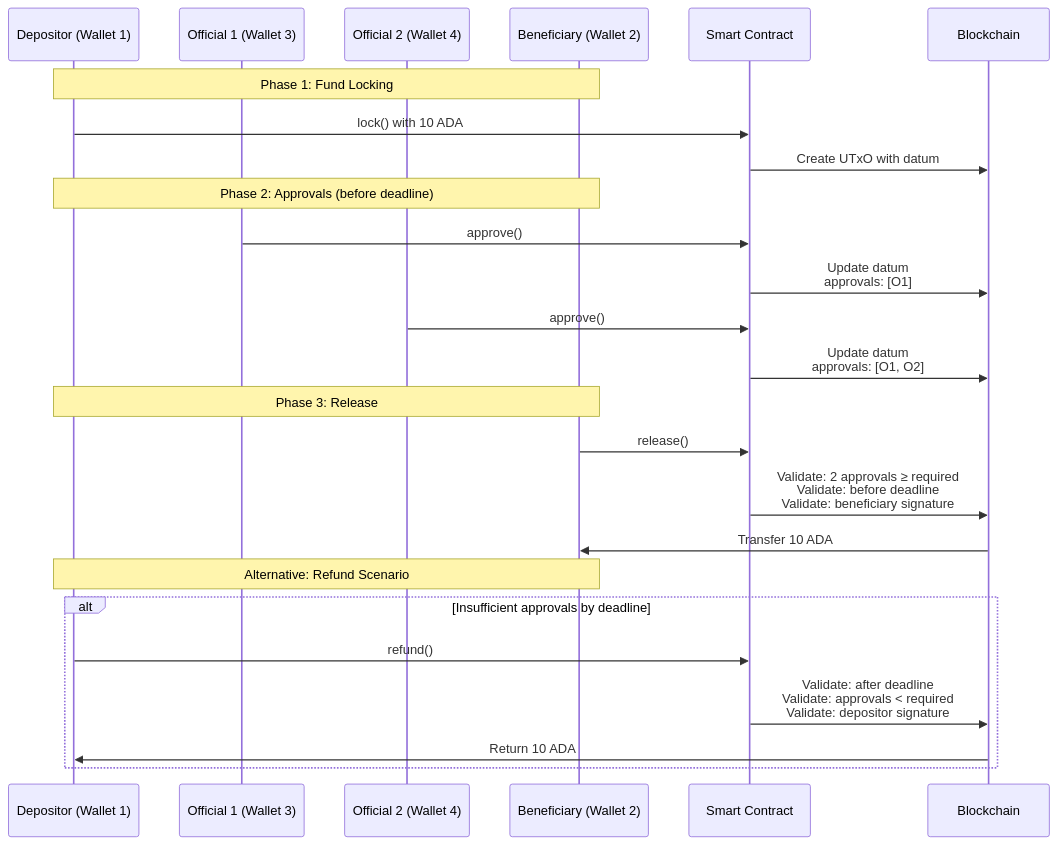
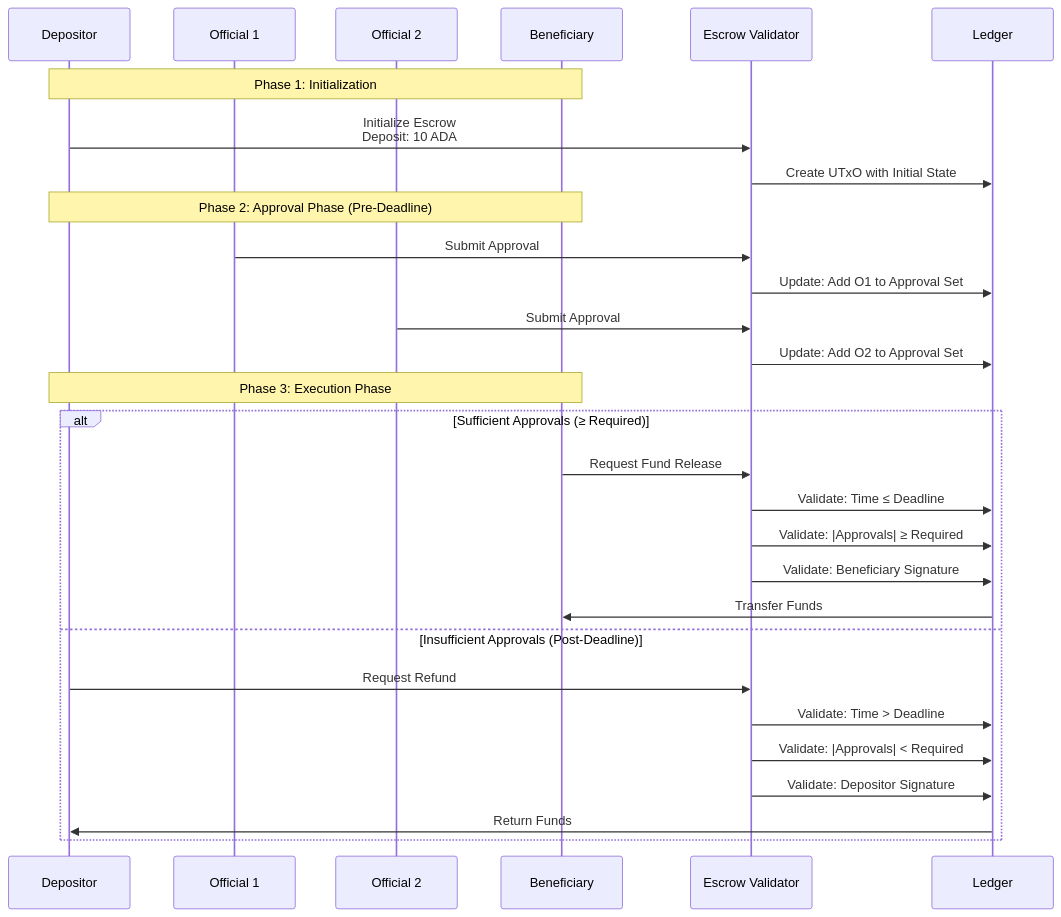
One commit to mwatsimulamo/Public-Fund changed the second of 3 diagrams in README.md. Above: the diagram before and after it, drawn with Mermaid. The commit also changed other lines of this file, not shown here.

````diff
--- a/README.md
+++ b/README.md
@@ -83,32 +88,35 @@
 ```mermaid
 sequenceDiagram
-    participant D as Depositor (Wallet 1)
-    participant O1 as Official 1 (Wallet 3)
-    participant O2 as Official 2 (Wallet 4)
-    participant B as Beneficiary (Wallet 2)
-    participant SC as Smart Contract
-    participant BC as Blockchain
+    participant D as Depositor
+    participant O1 as Official 1
+    participant O2 as Official 2
+    participant B as Beneficiary
+    participant V as Escrow Validator
+    participant L as Ledger
     
-    Note over D,B: Phase 1: Fund Locking
-    D->>SC: lock() with 10 ADA
-    SC->>BC: Create UTxO with datum
+    Note over D,B: Phase 1: Initialization
+    D->>V: Initialize Escrow<br/>Deposit: 10 ADA
+    V->>L: Create UTxO with Initial State
     
-    Note over D,B: Phase 2: Approvals (before deadline)
-    O1->>SC: approve()
-    SC->>BC: Update datum<br/>approvals: [O1]
+    Note over D,B: Phase 2: Approval Phase (Pre-Deadline)
+    O1->>V: Submit Approval #1
+    V->>L: Update: Add O1 to Approval Set
     
-    O2->>SC: approve()
-    SC->>BC: Update datum<br/>approvals: [O1, O2]
+    O2->>V: Submit Approval #2
+    V->>L: Update: Add O2 to Approval Set
     
-    Note over D,B: Phase 3: Release
-    B->>SC: release()
-    SC->>BC: Validate: 2 approvals ≥ required<br/>Validate: before deadline<br/>Validate: beneficiary signature
-    BC->>B: Transfer 10 ADA
-    
-    Note over D,B: Alternative: Refund Scenario
-    alt Insufficient approvals by deadline
-        D->>SC: refund()
-        SC->>BC: Validate: after deadline<br/>Validate: approvals < required<br/>Validate: depositor signature
-        BC->>D: Return 10 ADA
+    Note over D,B: Phase 3: Execution Phase
+    alt Sufficient Approvals (≥ Required)
+        B->>V: Request Fund Release
+        V->>L: Validate: Time ≤ Deadline
+        V->>L: Validate: |Approvals| ≥ Required
+        V->>L: Validate: Beneficiary Signature
+        L->>B: Transfer Funds
+    else Insufficient Approvals (Post-Deadline)
+        D->>V: Request Refund
+        V->>L: Validate: Time > Deadline
+        V->>L: Validate: |Approvals| < Required
+        V->>L: Validate: Depositor Signature
+        L->>D: Return Funds
     end
 ```
````
